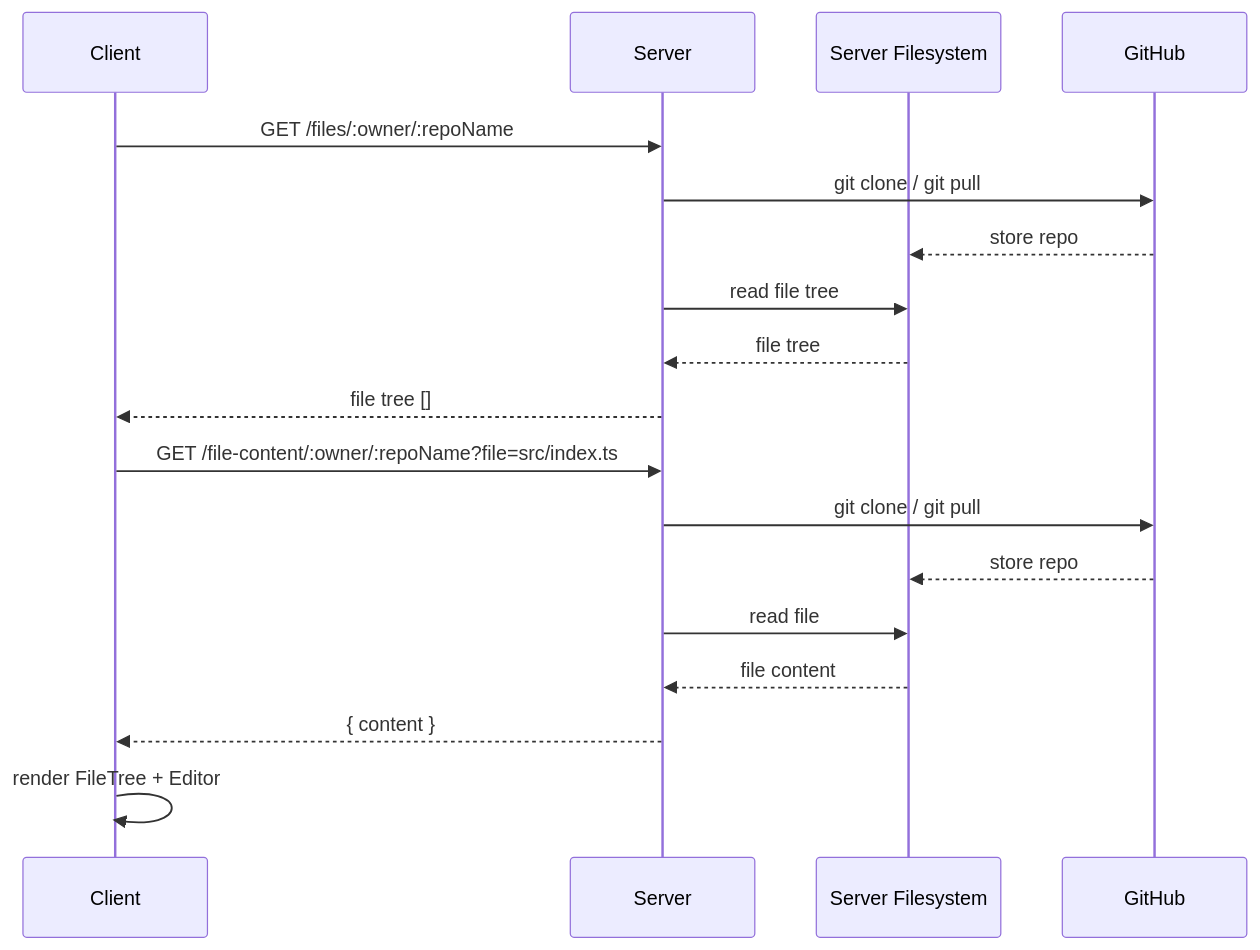
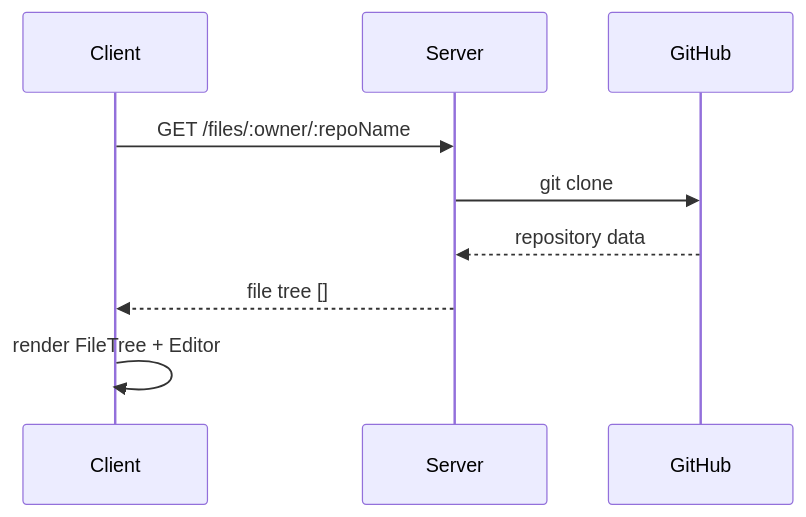
Before and after one commit to yarokon/pair-programming-terminal: the diagram in README.md, drawn with Mermaid. The commit also changed 5 other files, not shown here.

````diff
--- a/README.md
+++ b/README.md
@@ -38,23 +38,13 @@
 ```mermaid
 sequenceDiagram
     participant Client
     participant Server
-    participant FS as Server Filesystem
     participant GitHub
 
     Client->>Server: GET /files/:owner/:repoName
-    Server->>GitHub: git clone / git pull
-    GitHub-->>FS: store repo
-    Server->>FS: read file tree
-    FS-->>Server: file tree
+    Server->>GitHub: git clone
+    GitHub-->>Server: repository data
     Server-->>Client: file tree []
-
-    Client->>Server: GET /file-content/:owner/:repoName?file=src/index.ts
-    Server->>GitHub: git clone / git pull
-    GitHub-->>FS: store repo
-    Server->>FS: read file
-    FS-->>Server: file content
-    Server-->>Client: { content }
 
     Client->>Client: render FileTree + Editor
 ```
````
